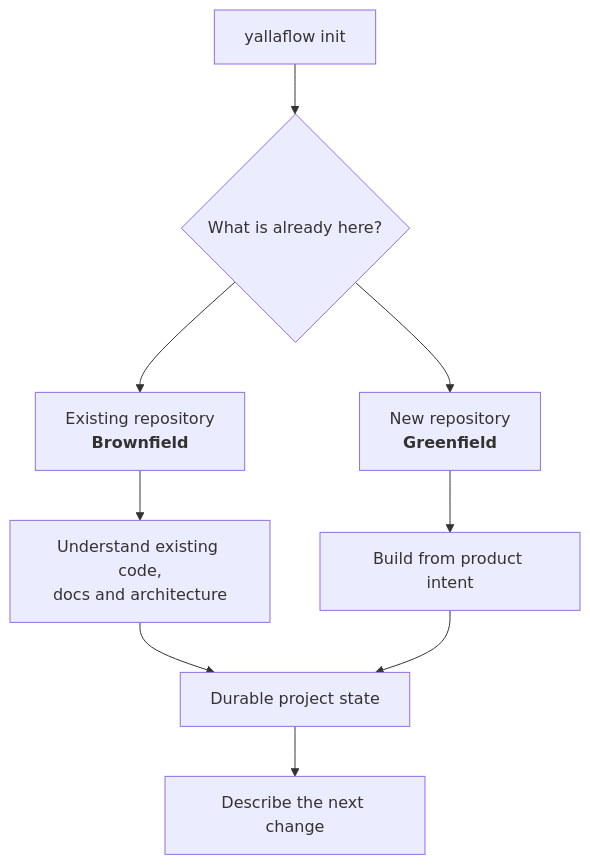
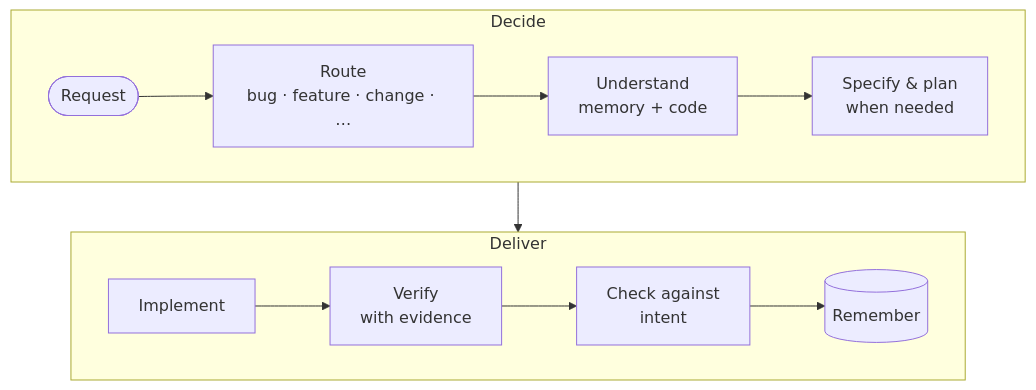
The second of 3 diagrams in README.md (engmohamedamer/yallaflow), drawn with Mermaid before and after one commit. The commit also changed other lines of this file and 14 other files, not shown here.

````diff
--- a/README.md
+++ b/README.md
@@ -101,23 +68,12 @@
-~~~mermaid
-flowchart TD
-    I["yallaflow init"]
-    Q{"What is already here?"}
-
-    B["Existing repository<br/><b>Brownfield</b>"]
-    G["New repository<br/><b>Greenfield</b>"]
-
-    BM["Understand existing code,<br/>docs and architecture"]
-    GI["Build from product intent"]
-
-    P["Durable project state"]
-    R["Describe the next change"]
-
-    I --> Q
-    Q --> B
-    Q --> G
-    B --> BM
-    G --> GI
-    BM --> P
-    GI --> P
-    P --> R
-~~~
+```mermaid
+flowchart TB
+    subgraph decide["Decide"]
+        direction LR
+        req(["Request"]) --> route["Route<br/>bug · feature · change · …"] --> und["Understand<br/>memory + code"] --> spec["Specify & plan<br/>when needed"]
+    end
+    subgraph deliver["Deliver"]
+        direction LR
+        impl["Implement"] --> ver["Verify<br/>with evidence"] --> conv["Check against<br/>intent"] --> rem[("Remember")]
+    end
+    decide --> deliver
+```
````
